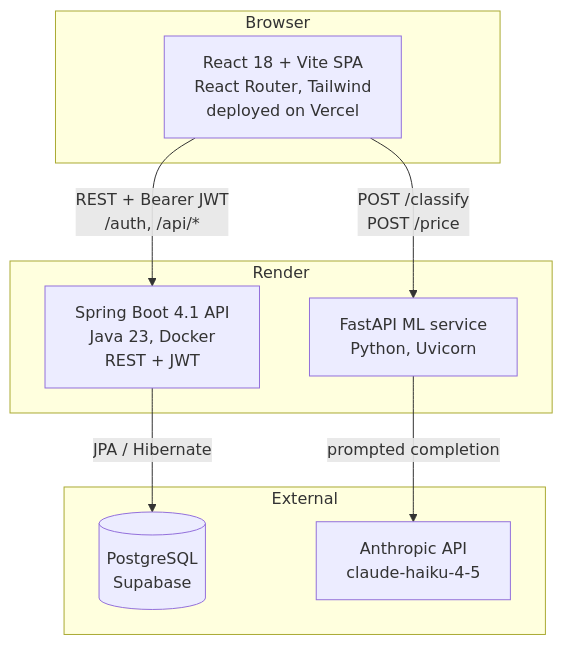
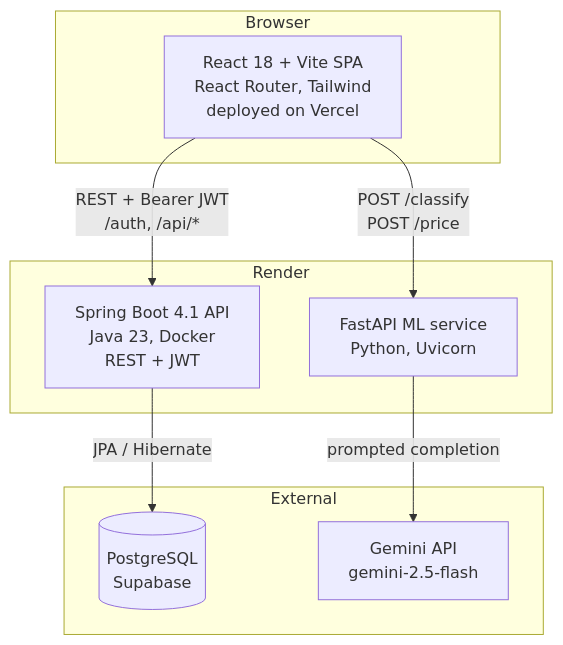
Before and after one commit to UbuntuLink/Geekulcha_Hackathon26: the first of 2 diagrams in README.md, drawn with Mermaid. The commit also changed other lines of this file and 12 other files, not shown here.

````diff
--- a/README.md
+++ b/README.md
@@ -34,21 +34,21 @@
 ```mermaid
 flowchart TD
     subgraph client ["Browser"]
         FE["React 18 + Vite SPA<br/>React Router, Tailwind<br/>deployed on Vercel"]
     end
 
     subgraph render ["Render"]
         API["Spring Boot 4.1 API<br/>Java 23, Docker<br/>REST + JWT"]
         ML["FastAPI ML service<br/>Python, Uvicorn"]
     end
 
     subgraph external ["External"]
         DB[("PostgreSQL<br/>Supabase")]
-        LLM["Anthropic API<br/>claude-haiku-4-5"]
+        LLM["Gemini API<br/>gemini-2.5-flash"]
     end
 
     FE -->|"REST + Bearer JWT<br/>/auth, /api/*"| API
     FE -->|"POST /classify<br/>POST /price"| ML
     API -->|"JPA / Hibernate"| DB
     ML -->|"prompted completion"| LLM
 ```
````
